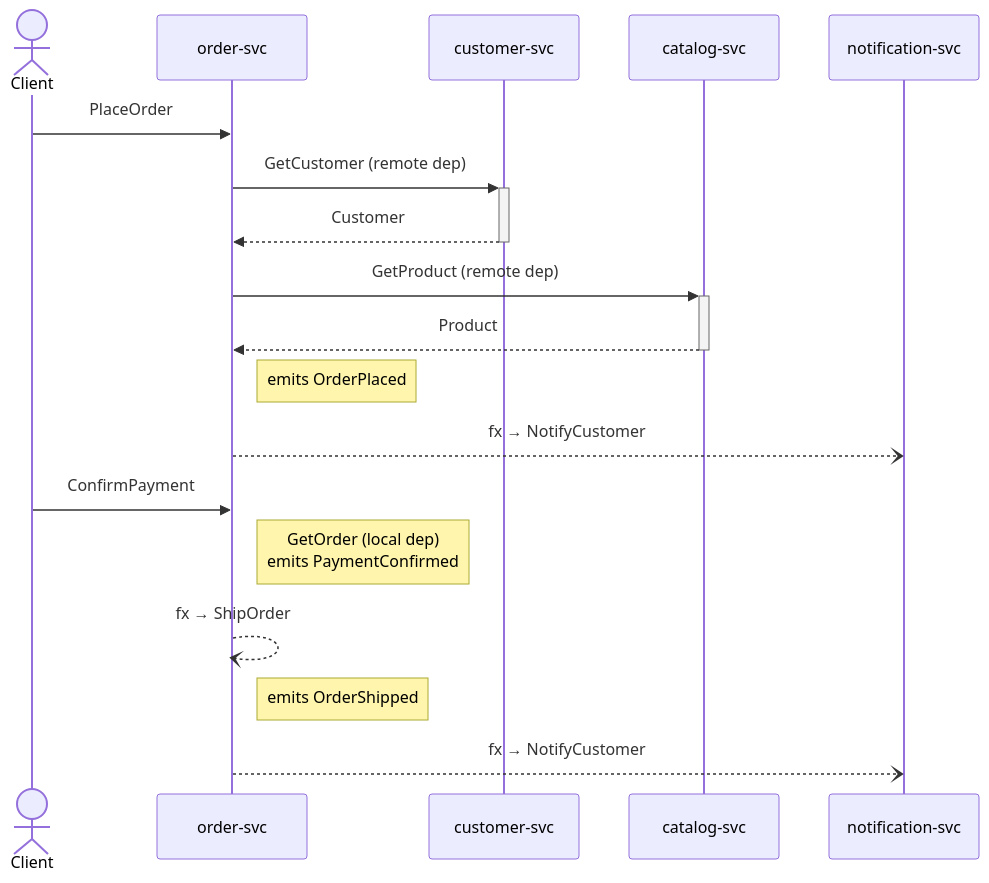
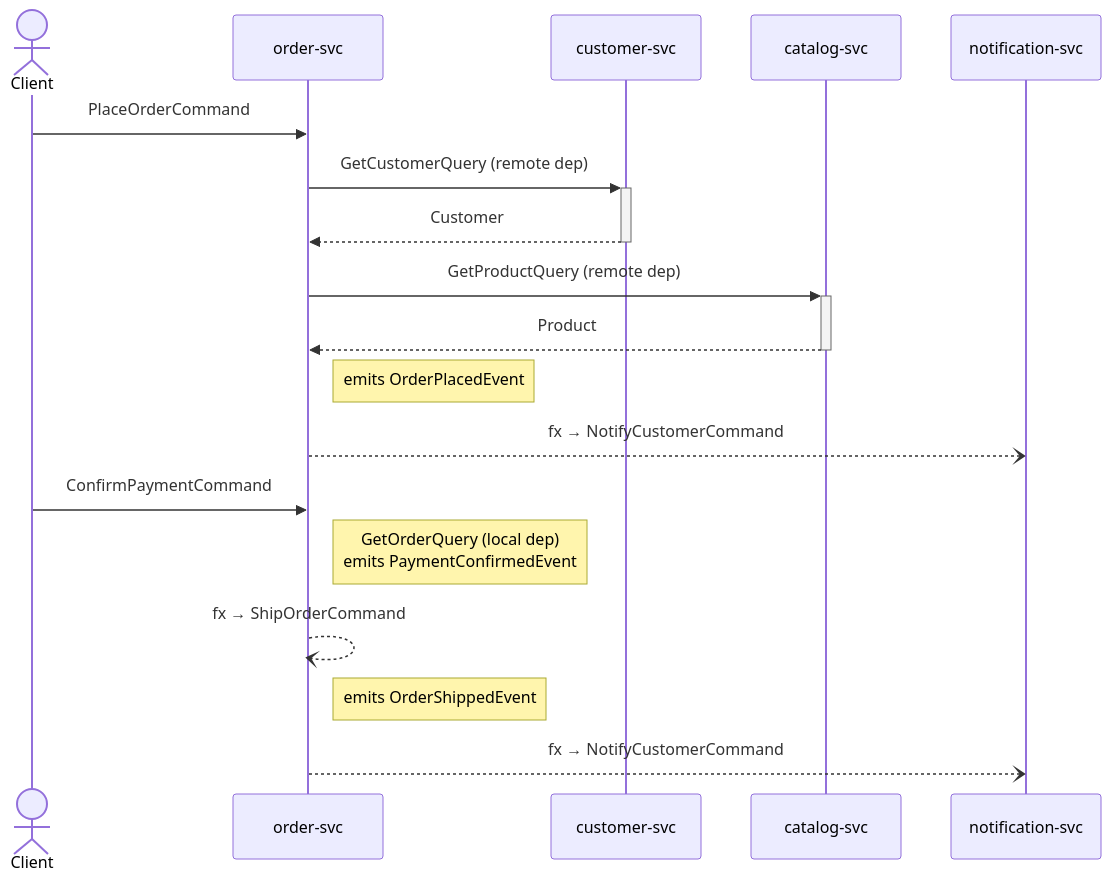
Before and after one commit to alpha-prosoft/edd-java: the fourth of 4 diagrams in README.md, drawn with Mermaid. The commit also changed other lines of this file and 33 other files, not shown here.

````diff
--- a/README.md
+++ b/README.md
@@ -294,23 +318,23 @@
 ```mermaid
 sequenceDiagram
     actor Client
     participant Order as order-svc
     participant Customer as customer-svc
     participant Catalog as catalog-svc
     participant Notif as notification-svc
 
-    Client->>Order: PlaceOrder
-    Order->>+Customer: GetCustomer (remote dep)
+    Client->>Order: PlaceOrderCommand
+    Order->>+Customer: GetCustomerQuery (remote dep)
     Customer-->>-Order: Customer
-    Order->>+Catalog: GetProduct (remote dep)
+    Order->>+Catalog: GetProductQuery (remote dep)
     Catalog-->>-Order: Product
-    Note right of Order: emits OrderPlaced
-    Order--)Notif: fx → NotifyCustomer
+    Note right of Order: emits OrderPlacedEvent
+    Order--)Notif: fx → NotifyCustomerCommand
 
-    Client->>Order: ConfirmPayment
-    Note right of Order: GetOrder (local dep)<br/>emits PaymentConfirmed
-    Order--)Order: fx → ShipOrder
+    Client->>Order: ConfirmPaymentCommand
+    Note right of Order: GetOrderQuery (local dep)<br/>emits PaymentConfirmedEvent
+    Order--)Order: fx → ShipOrderCommand
 
-    Note right of Order: emits OrderShipped
-    Order--)Notif: fx → NotifyCustomer
+    Note right of Order: emits OrderShippedEvent
+    Order--)Notif: fx → NotifyCustomerCommand
 ```
````
